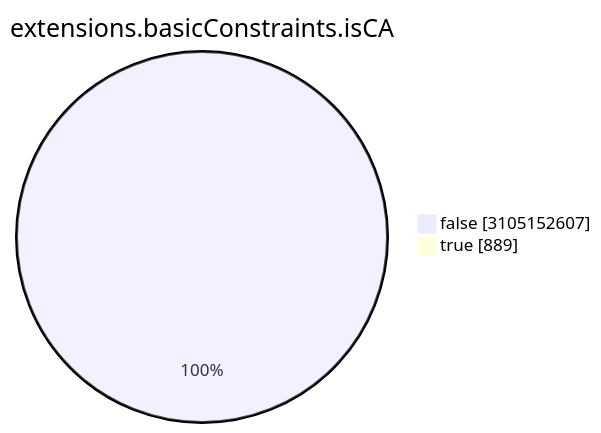
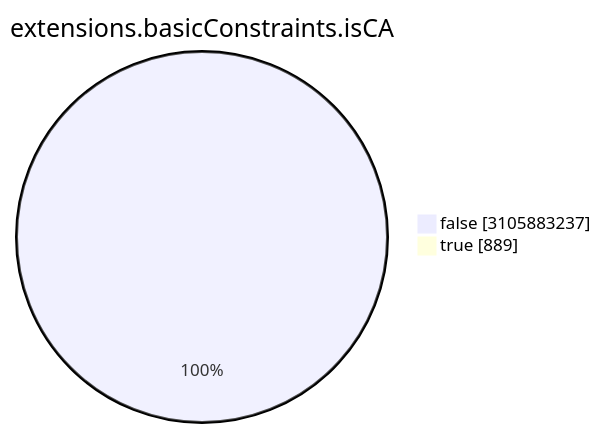
The seventh of 15 diagrams in TOTAL/README.md (christiankrug/ctmonitor_visualization), drawn with Mermaid before and after one commit. The commit also changed other lines of this file, not shown here.

````diff
--- a/TOTAL/README.md
+++ b/TOTAL/README.md
@@ -3086,6 +3086,6 @@
 ```mermaid
 pie showData
 title extensions.basicConstraints.isCA
-"false" :3105152607
+"false" :3105883237
 "true" :889
 ```
````
